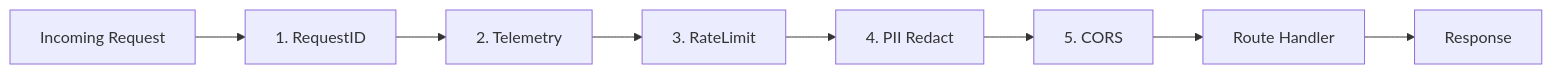
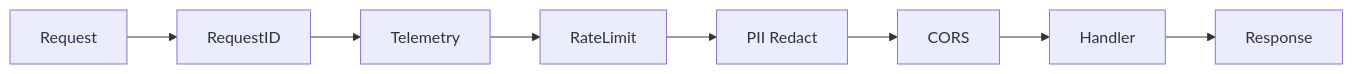
Before and after one commit to Strizzyy/NowCart: the eighth of 11 diagrams in SYSTEM_ARCHITECTURE.md, drawn with Mermaid. The commit also changed other lines of this file and 2 other files, not shown here.

Commit message:
refined readme and system architecture

````diff
--- a/SYSTEM_ARCHITECTURE.md
+++ b/SYSTEM_ARCHITECTURE.md
@@ -201,4 +225,4 @@
 ```mermaid
 flowchart LR
-    Request["Incoming Request"] --> M1["1. RequestID"] --> M2["2. Telemetry"] --> M3["3. RateLimit"] --> M4["4. PII Redact"] --> M5["5. CORS"] --> Handler["Route Handler"] --> Response["Response"]
+    Req["Request"] --> M1["RequestID"] --> M2["Telemetry"] --> M3["RateLimit"] --> M4["PII Redact"] --> M5["CORS"] --> H["Handler"] --> Res["Response"]
 ```
````
